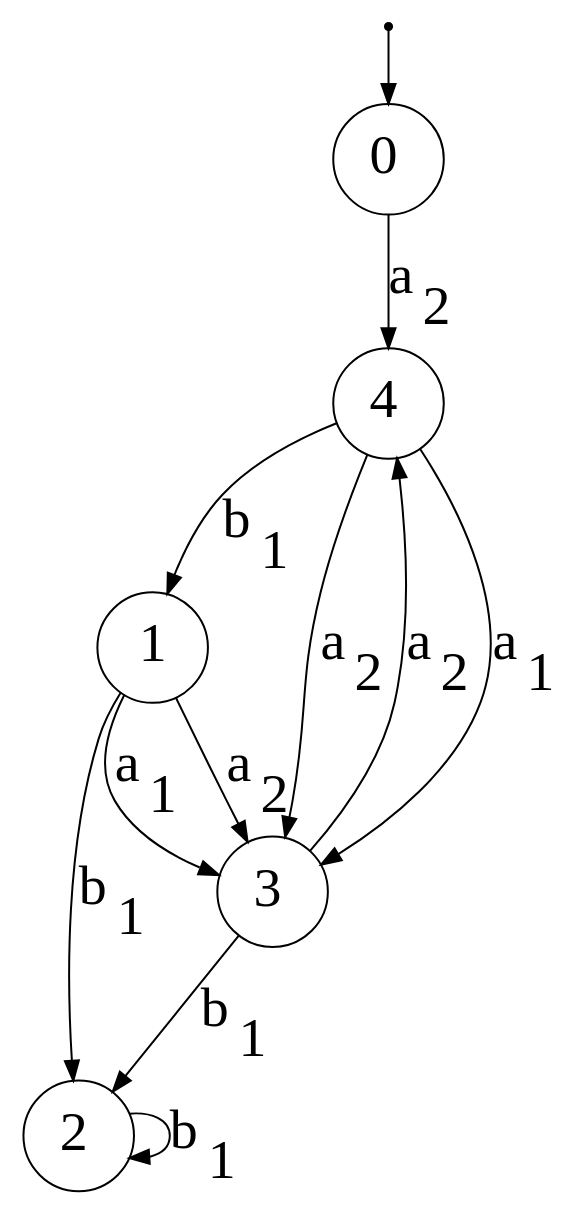
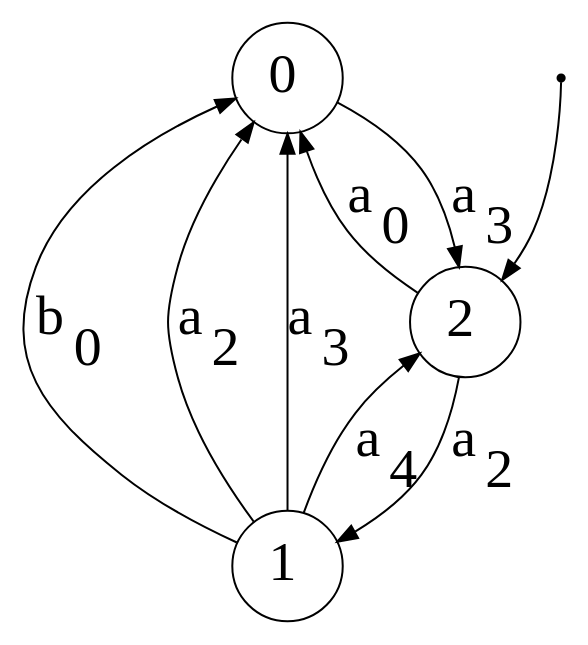
One commit to Reithger/Finite-State-Machine-Model changed the diagram in dotsource.dot. Above: the diagram before and after it, drawn with Graphviz. The commit also changed 7 other files, not shown here.

```diff
--- a/dotsource.dot
+++ b/dotsource.dot
@@ -1,19 +1,14 @@
 digraph G {
 "n0"[label= <0> shape=circle color="black" style=wedged fillcolor="white" style=filled fontsize="28"];
-"ArbitraryUnusedNameNoWorriesJustGrooving1"[fontSize=1 shape=point];
 "n1"[label= <1> shape=circle color="black" style=wedged fillcolor="white" style=filled fontsize="28"];
 "n2"[label= <2> shape=circle color="black" style=wedged fillcolor="white" style=filled fontsize="28"];
-"n3"[label= <3> shape=circle color="black" style=wedged fillcolor="white" style=filled fontsize="28"];
-"n4"[label= <4> shape=circle color="black" style=wedged fillcolor="white" style=filled fontsize="28"];
-{"ArbitraryUnusedNameNoWorriesJustGrooving1"}->{"n0"};
-{"n0"}->{"n4"}[label = <a<sub>2</sub>> color="black" arrowhead="normal" style="" fontsize="28"];
-{"n1"}->{"n3"}[label = <a<sub>1</sub>> color="black" arrowhead="normal" style="" fontsize="28"];
-{"n1"}->{"n2"}[label = <b<sub>1</sub>> color="black" arrowhead="normal" style="" fontsize="28"];
-{"n1"}->{"n3"}[label = <a<sub>2</sub>> color="black" arrowhead="normal" style="" fontsize="28"];
-{"n2"}->{"n2"}[label = <b<sub>1</sub>> color="black" arrowhead="normal" style="" fontsize="28"];
-{"n3"}->{"n2"}[label = <b<sub>1</sub>> color="black" arrowhead="normal" style="" fontsize="28"];
-{"n3"}->{"n4"}[label = <a<sub>2</sub>> color="black" arrowhead="normal" style="" fontsize="28"];
-{"n4"}->{"n1"}[label = <b<sub>1</sub>> color="black" arrowhead="normal" style="" fontsize="28"];
-{"n4"}->{"n3"}[label = <a<sub>1</sub>> color="black" arrowhead="normal" style="" fontsize="28"];
-{"n4"}->{"n3"}[label = <a<sub>2</sub>> color="black" arrowhead="normal" style="" fontsize="28"];
+"ArbitraryUnusedNameNoWorriesJustGrooving3"[fontSize=1 shape=point];
+{"ArbitraryUnusedNameNoWorriesJustGrooving3"}->{"n2"};
+{"n0"}->{"n2"}[label = <a<sub>3</sub>> color="black" arrowhead="normal" style="" fontsize="28"];
+{"n1"}->{"n0"}[label = <b<sub>0</sub>> color="black" arrowhead="normal" style="" fontsize="28"];
+{"n1"}->{"n0"}[label = <a<sub>2</sub>> color="black" arrowhead="normal" style="" fontsize="28"];
+{"n1"}->{"n0"}[label = <a<sub>3</sub>> color="black" arrowhead="normal" style="" fontsize="28"];
+{"n1"}->{"n2"}[label = <a<sub>4</sub>> color="black" arrowhead="normal" style="" fontsize="28"];
+{"n2"}->{"n1"}[label = <a<sub>2</sub>> color="black" arrowhead="normal" style="" fontsize="28"];
+{"n2"}->{"n0"}[label = <a<sub>0</sub>> color="black" arrowhead="normal" style="" fontsize="28"];
 }
```
